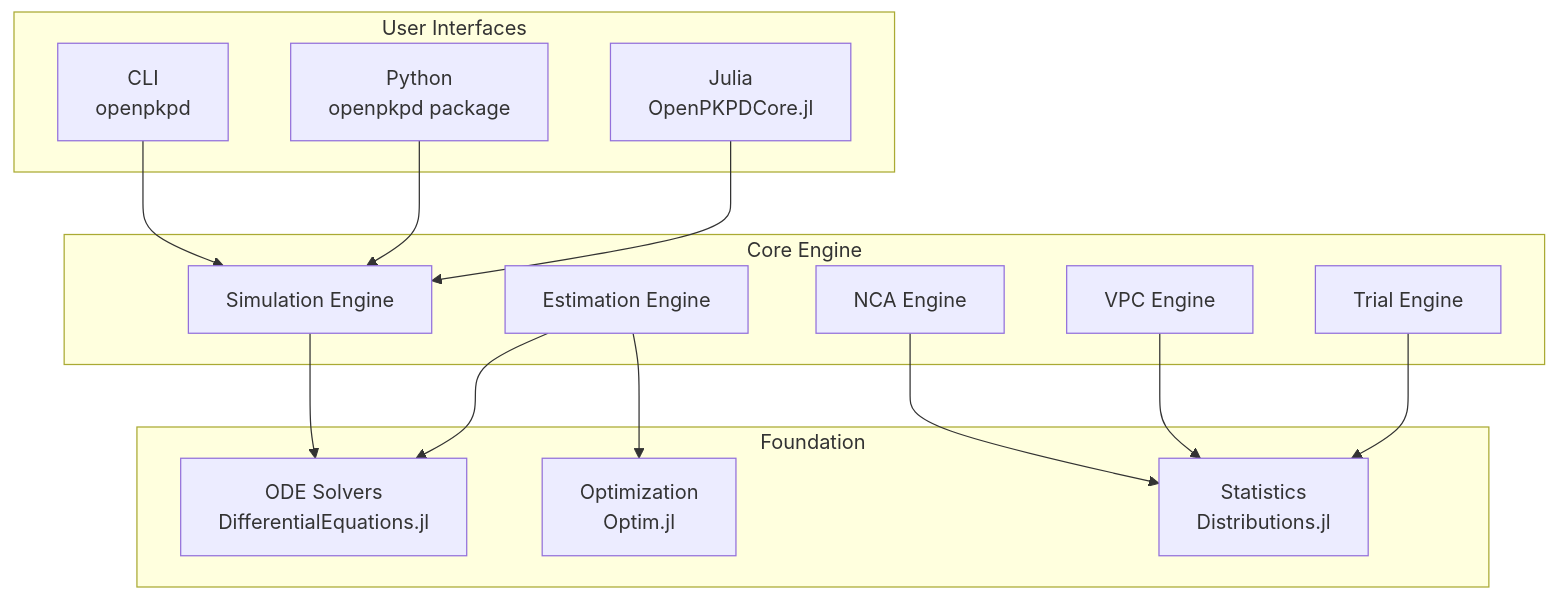
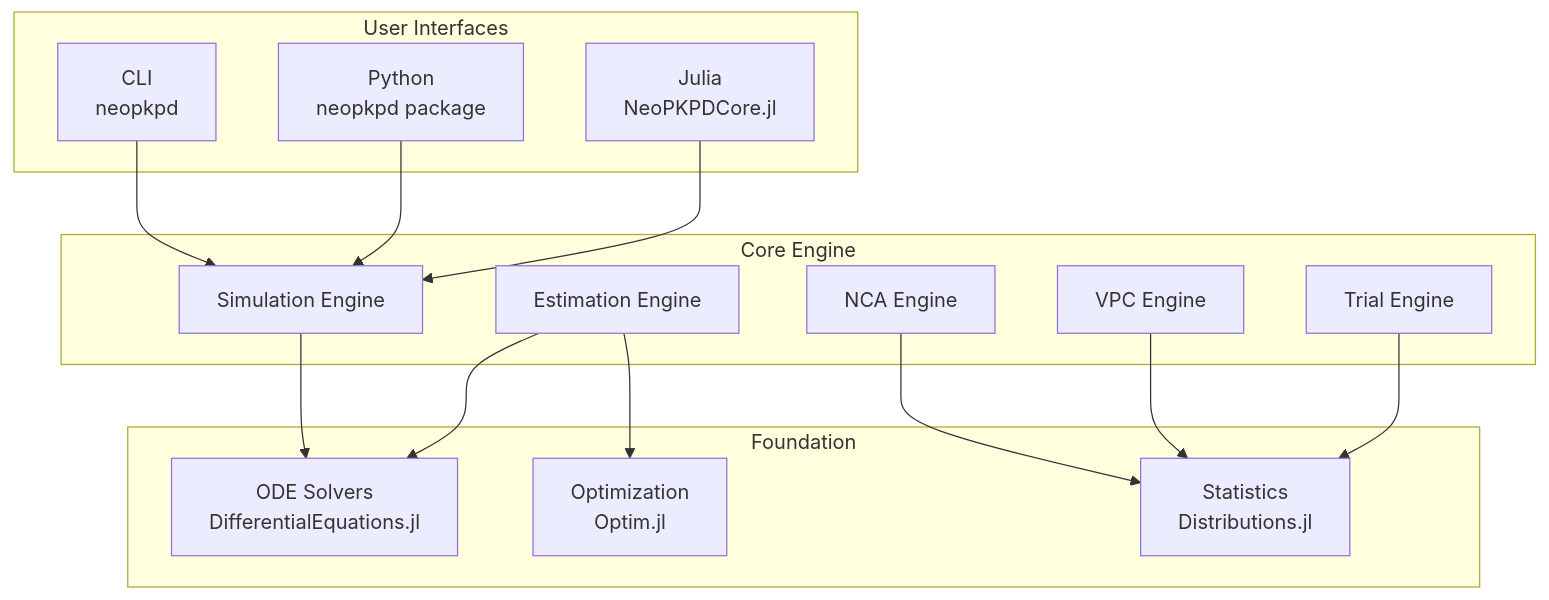
The first of 4 diagrams in docs/intro/architecture.md (shramish2057/NeoPKPD), drawn with Mermaid before and after one commit. The commit also changed other lines of this file and 409 other files, not shown here.

Commit message:
refactor: changed the tool name from OpenPKPD to NeoPKPD

````diff
--- a/docs/intro/architecture.md
+++ b/docs/intro/architecture.md
@@ -9,33 +9,33 @@
 ```mermaid
 graph TB
     subgraph "User Interfaces"
-        CLI[CLI<br/>openpkpd]
-        PY[Python<br/>openpkpd package]
-        JL[Julia<br/>OpenPKPDCore.jl]
+        CLI[CLI<br/>neopkpd]
+        PY[Python<br/>neopkpd package]
+        JL[Julia<br/>NeoPKPDCore.jl]
     end
 
     subgraph "Core Engine"
         SIM[Simulation Engine]
         EST[Estimation Engine]
         NCA[NCA Engine]
         VPC[VPC Engine]
         TRIAL[Trial Engine]
     end
 
     subgraph "Foundation"
         ODE[ODE Solvers<br/>DifferentialEquations.jl]
         STAT[Statistics<br/>Distributions.jl]
         OPT[Optimization<br/>Optim.jl]
     end
 
     CLI --> SIM
     PY --> SIM
     JL --> SIM
 
     SIM --> ODE
     EST --> ODE
     EST --> OPT
     NCA --> STAT
     VPC --> STAT
     TRIAL --> STAT
 ```
````
